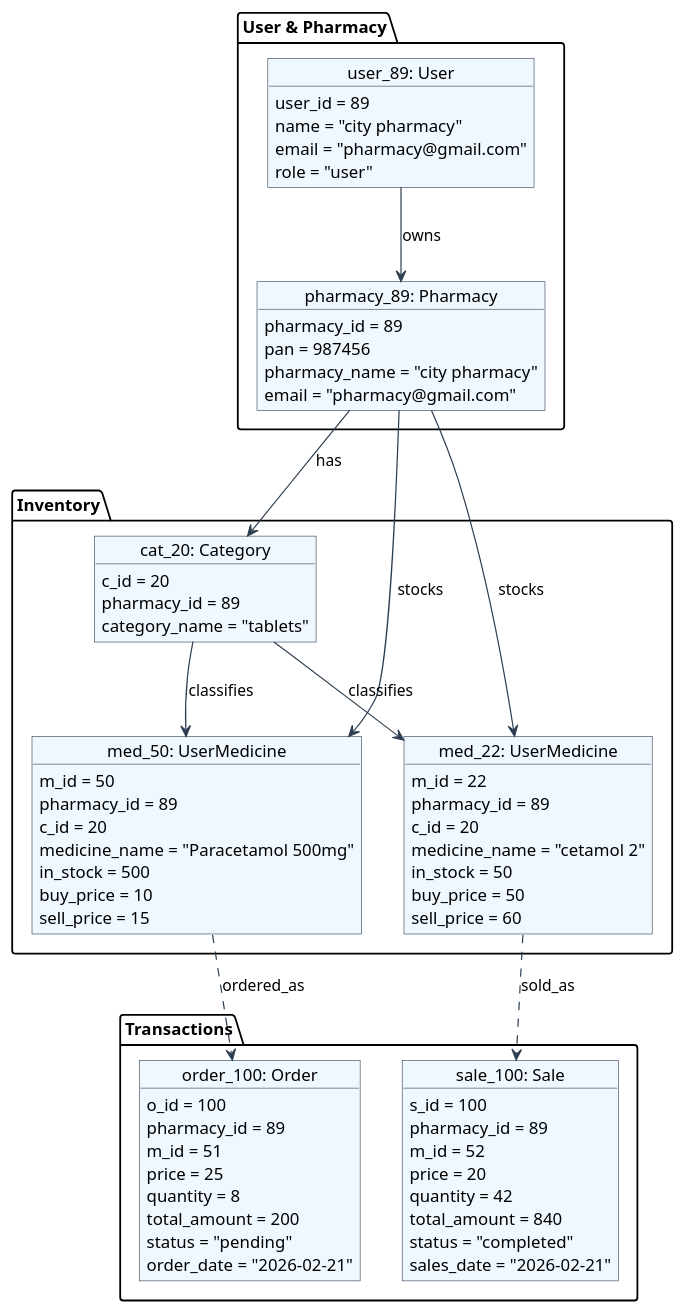
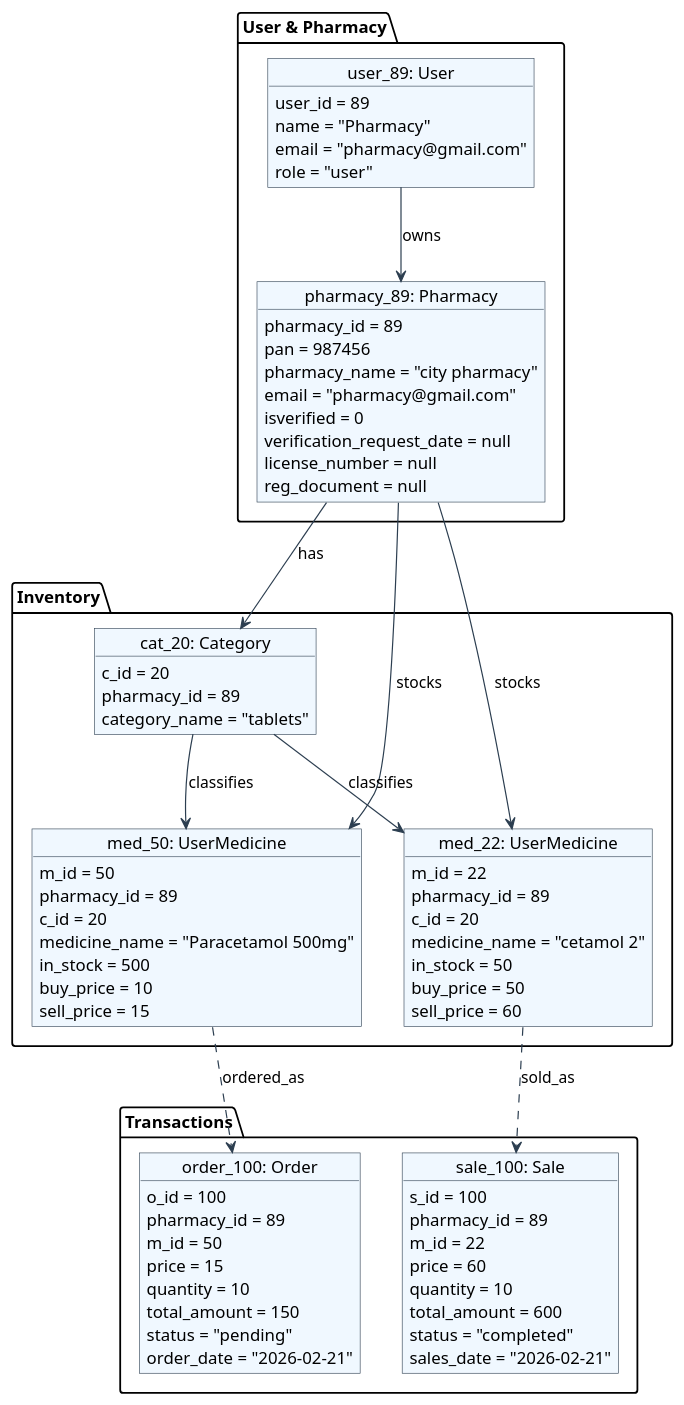
One commit to RibeshMaharjan/MedVault changed the second of 9 diagrams in docs/diagrams.md. Above: the diagram before and after it, drawn with PlantUML. The commit also changed other lines of this file, not shown here.

Commit message:
refactor(state-diagram): remove verification block, shorten labels, trim duplicate features

```diff
--- a/docs/diagrams.md
+++ b/docs/diagrams.md
@@ -171,7 +146,7 @@
 package "User & Pharmacy" {
     object "user_89: User" as user {
         user_id = 89
-        name = "city pharmacy"
+        name = "Pharmacy"
         email = "pharmacy@gmail.com"
         role = "user"
     }
@@ -181,6 +156,10 @@
         pan = 987456
         pharmacy_name = "city pharmacy"
         email = "pharmacy@gmail.com"
+        isverified = 0
+        verification_request_date = null
+        license_number = null
+        reg_document = null
     }
 }
 
@@ -216,10 +195,10 @@
     object "order_100: Order" as order {
         o_id = 100
         pharmacy_id = 89
-        m_id = 51
-        price = 25
-        quantity = 8
-        total_amount = 200
+        m_id = 50
+        price = 15
+        quantity = 10
+        total_amount = 150
         status = "pending"
         order_date = "2026-02-21"
     }
@@ -227,10 +206,10 @@
     object "sale_100: Sale" as sale {
         s_id = 100
         pharmacy_id = 89
-        m_id = 52
-        price = 20
-        quantity = 42
-        total_amount = 840
+        m_id = 22
+        price = 60
+        quantity = 10
+        total_amount = 600
         status = "completed"
         sales_date = "2026-02-21"
     }
```
